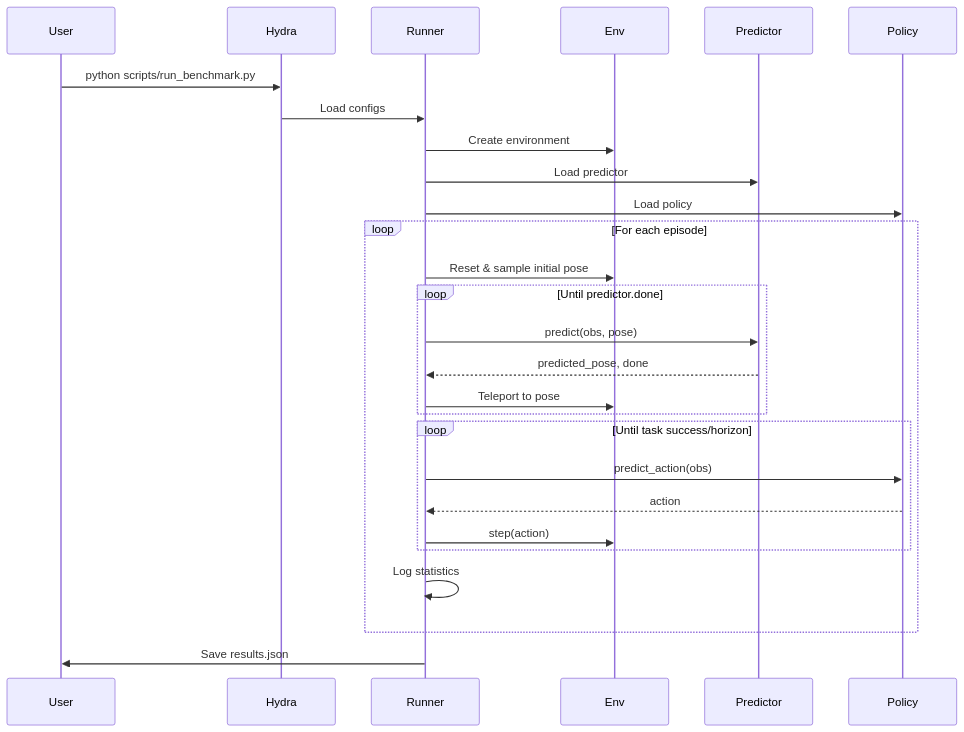
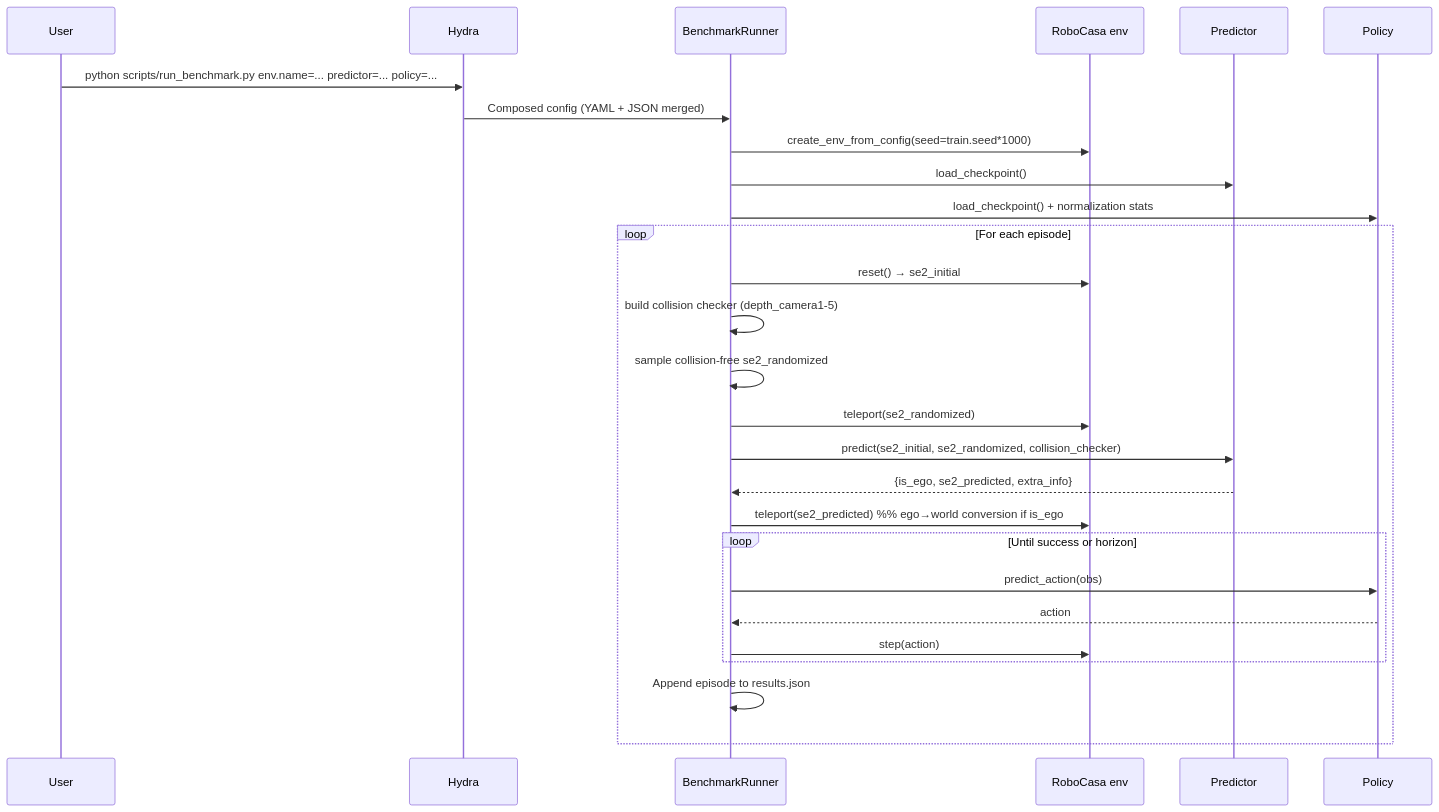
One commit to clvrai/N2M changed the diagram in README.md. Above: the diagram before and after it, drawn with Mermaid. The commit also changed other lines of this file and 10 other files, not shown here.

````diff
--- a/README.md
+++ b/README.md
@@ -513,35 +447,31 @@
 ```mermaid
 sequenceDiagram
     participant User
     participant Hydra
-    participant Runner
-    participant Env
-    participant Predictor
-    participant Policy
-    
-    User->>Hydra: python scripts/run_benchmark.py
-    Hydra->>Runner: Load configs
-    Runner->>Env: Create environment
-    Runner->>Predictor: Load predictor
-    Runner->>Policy: Load policy
-    
+    participant Runner as BenchmarkRunner
+    participant Env as RoboCasa env
+    participant Pred as Predictor
+    participant Pol as Policy
+
+    User->>Hydra: python scripts/run_benchmark.py env.name=... predictor=... policy=...
+    Hydra->>Runner: Composed config (YAML + JSON merged)
+    Runner->>Env: create_env_from_config(seed=train.seed*1000)
+    Runner->>Pred: load_checkpoint()
+    Runner->>Pol: load_checkpoint() + normalization stats
+
     loop For each episode
-        Runner->>Env: Reset & sample initial pose
-        
-        loop Until predictor.done
-            Runner->>Predictor: predict(obs, pose)
-            Predictor-->>Runner: predicted_pose, done
-            Runner->>Env: Teleport to pose
-        end
-        
-        loop Until task success/horizon
-            Runner->>Policy: predict_action(obs)
-            Policy-->>Runner: action
+        Runner->>Env: reset() → se2_initial
+        Runner->>Runner: build collision checker (depth_camera1-5)
+        Runner->>Runner: sample collision-free se2_randomized
+        Runner->>Env: teleport(se2_randomized)
+        Runner->>Pred: predict(se2_initial, se2_randomized, collision_checker)
+        Pred-->>Runner: {is_ego, se2_predicted, extra_info}
+        Runner->>Env: teleport(se2_predicted)  %% ego→world conversion if is_ego
+        loop Until success or horizon
+            Runner->>Pol: predict_action(obs)
+            Pol-->>Runner: action
             Runner->>Env: step(action)
         end
-        
-        Runner->>Runner: Log statistics
+        Runner->>Runner: Append episode to results.json
     end
-    
-    Runner->>User: Save results.json
 ```
````
